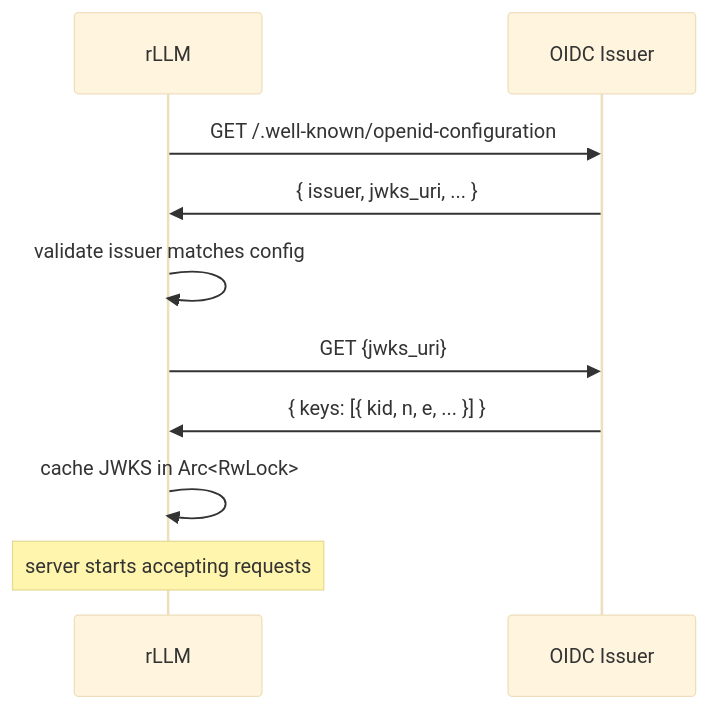
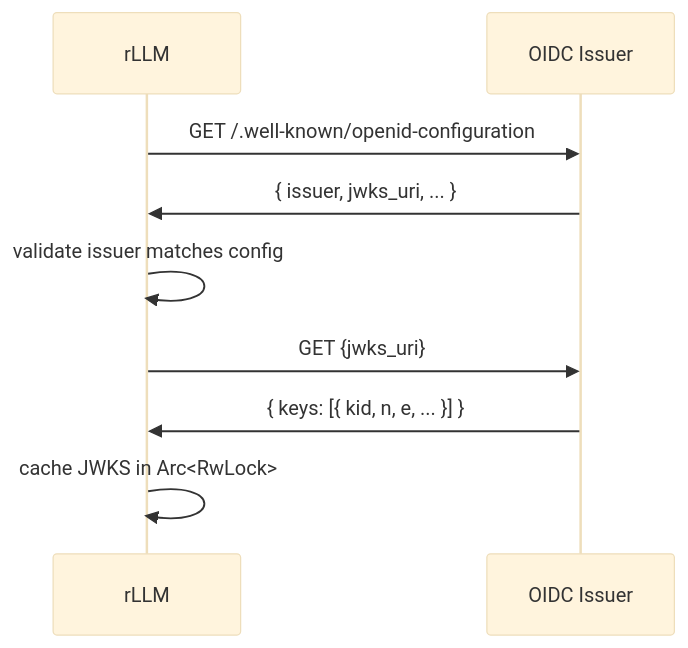
Before and after one commit to JonCooperWorks/rLLM: the third of 4 diagrams in docs/authentication.md, drawn with Mermaid (base theme). The commit also changed other lines of this file and 12 other files, not shown here.

````diff
--- a/docs/authentication.md
+++ b/docs/authentication.md
@@ -129,14 +136,12 @@
 ```mermaid
 sequenceDiagram
     participant rLLM
     participant Issuer as OIDC Issuer
 
     rLLM->>Issuer: GET /.well-known/openid-configuration
     Issuer->>rLLM: { issuer, jwks_uri, ... }
     rLLM->>rLLM: validate issuer matches config
     rLLM->>Issuer: GET {jwks_uri}
     Issuer->>rLLM: { keys: [{ kid, n, e, ... }] }
     rLLM->>rLLM: cache JWKS in Arc<RwLock>
-
-    Note over rLLM: server starts accepting requests
 ```
````
